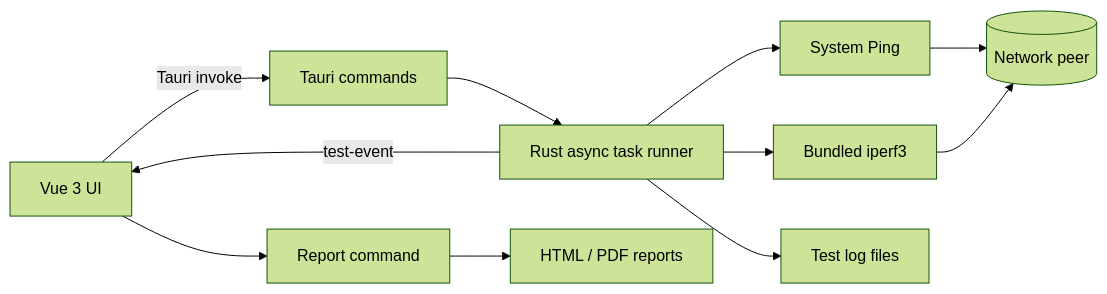
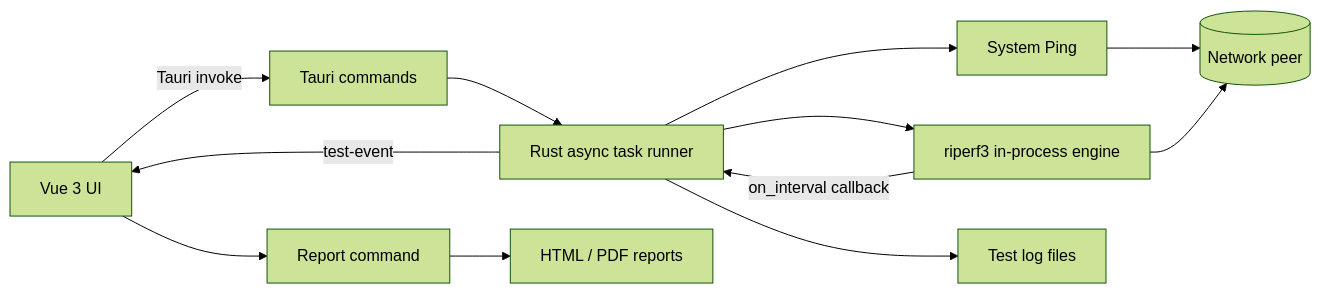
The diagram in README.md (KISSMonX/LinkGauge), drawn with Mermaid (forest theme) before and after one commit. The commit also changed other lines of this file and 9 other files, not shown here.

Commit message:
chore: remove bundled iperf3 runtime and vendor scripts

````diff
--- a/README.md
+++ b/README.md
@@ -34,13 +34,14 @@
 ```mermaid
 flowchart LR
     UI[Vue 3 UI] -->|Tauri invoke| API[Tauri commands]
     API --> RUNNER[Rust async task runner]
     RUNNER --> PING[System Ping]
-    RUNNER --> IPERF[Bundled iperf3]
+    RUNNER --> ENGINE[riperf3 in-process engine]
     PING --> NETWORK[(Network peer)]
-    IPERF --> NETWORK
+    ENGINE --> NETWORK
+    ENGINE -->|on_interval callback| RUNNER
     RUNNER -->|test-event| UI
     RUNNER --> LOGS[Test log files]
     UI --> REPORT[Report command]
     REPORT --> OUTPUT[HTML / PDF reports]
 ```
````
